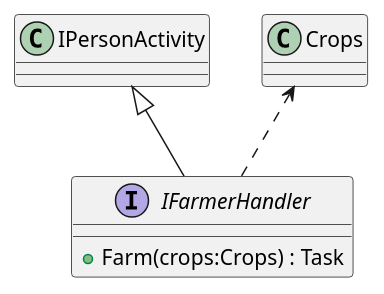
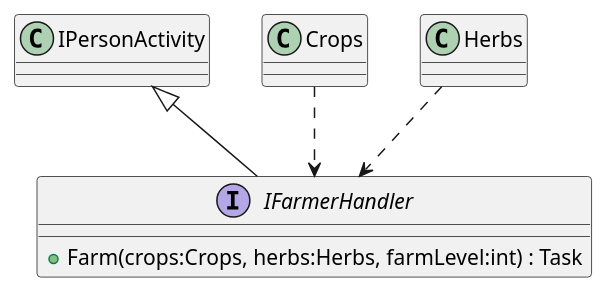
The diagram in UmlSchemas/ProjectSchema/Handlers/Interfaces/ProfessionsInterfaces/IFarmerHandler.puml (kollibroman/ColonySimulator), drawn with PlantUML before and after one commit. The commit also changed 91 other files, not shown here.

```diff
--- a/UmlSchemas/ProjectSchema/Handlers/Interfaces/ProfessionsInterfaces/IFarmerHandler.puml
+++ b/UmlSchemas/ProjectSchema/Handlers/Interfaces/ProfessionsInterfaces/IFarmerHandler.puml
@@ -1,7 +1,8 @@
 @startuml
 interface IFarmerHandler {
-    + Farm(crops:Crops) : Task
+    + Farm(crops:Crops, herbs:Herbs, farmLevel:int) : Task
 }
 IPersonActivity <|-- IFarmerHandler
-Crops <.. IFarmerHandler
+Crops ..> IFarmerHandler
+Herbs ..> IFarmerHandler
 @enduml
```
